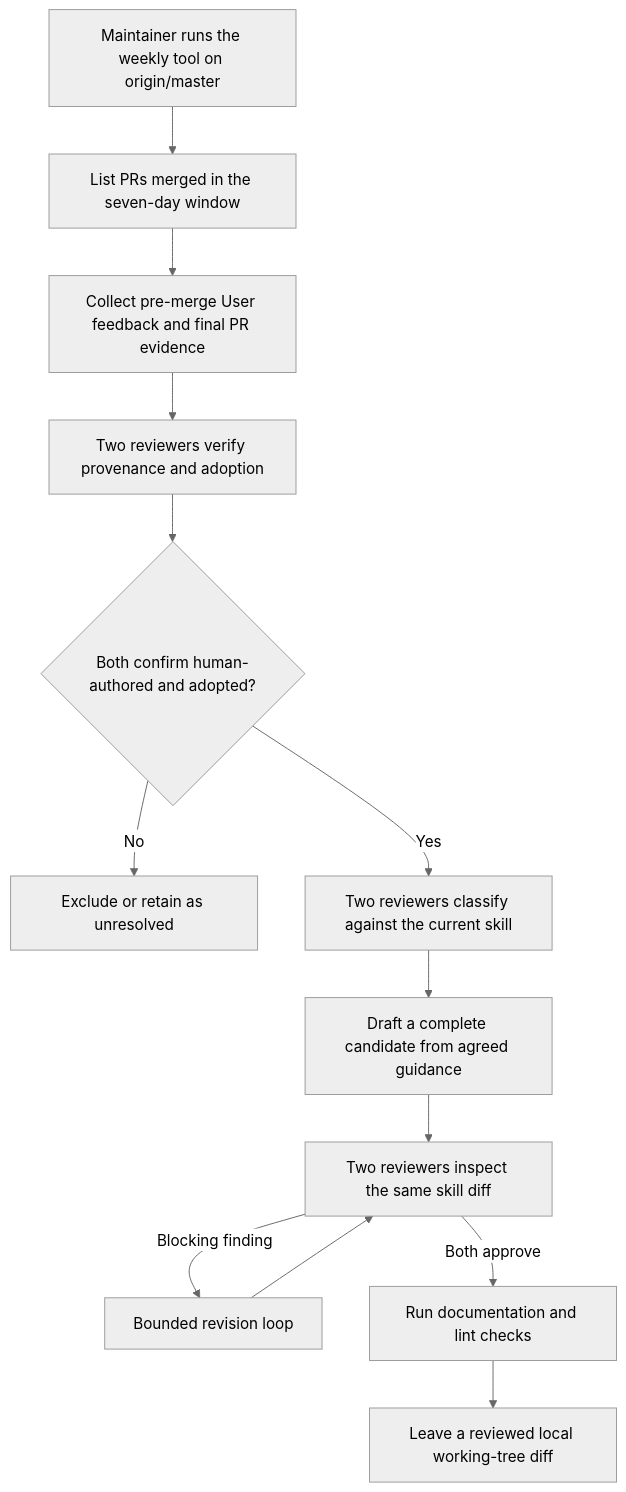
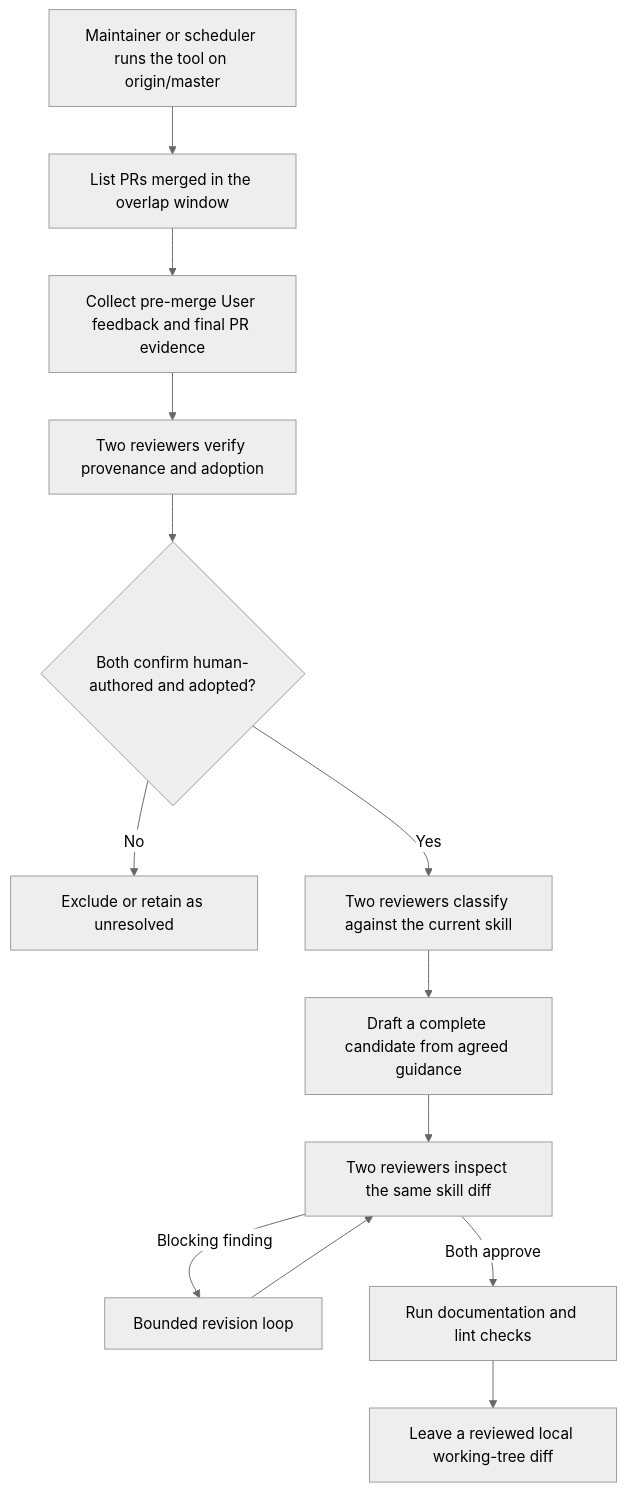
Before and after one commit to 007M7/DeepCode: the diagram in docs/rfc/proposed/process/2026-07-13-human-review-skill-maintenance.md, drawn with Mermaid (neutral theme). The commit also changed other lines of this file and 2 other files, not shown here.

````diff
--- a/docs/rfc/proposed/process/2026-07-13-human-review-skill-maintenance.md
+++ b/docs/rfc/proposed/process/2026-07-13-human-review-skill-maintenance.md
@@ -13,15 +13,15 @@
 ```mermaid
 flowchart TD
-  A["Maintainer runs the weekly tool on origin/master"] --> B["List PRs merged in the seven-day window"]
+  A["Maintainer or scheduler runs the tool on origin/master"] --> B["List PRs merged in the overlap window"]
   B --> C["Collect pre-merge User feedback and final PR evidence"]
   C --> D["Two reviewers verify provenance and adoption"]
   D --> E{"Both confirm human-authored and adopted?"}
   E -- "No" --> F["Exclude or retain as unresolved"]
   E -- "Yes" --> G["Two reviewers classify against the current skill"]
   G --> H["Draft a complete candidate from agreed guidance"]
   H --> I["Two reviewers inspect the same skill diff"]
   I -- "Blocking finding" --> J["Bounded revision loop"]
   J --> I
   I -- "Both approve" --> K["Run documentation and lint checks"]
   K --> L["Leave a reviewed local working-tree diff"]
 ```
````
